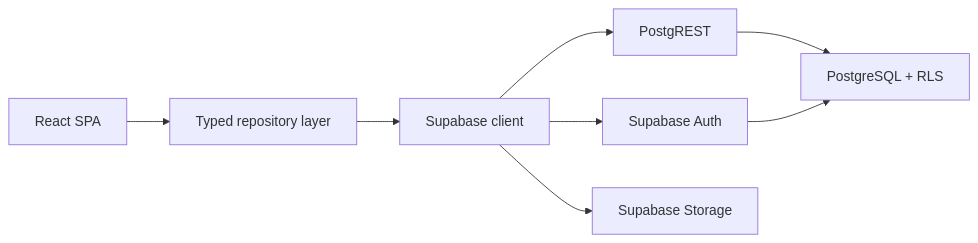
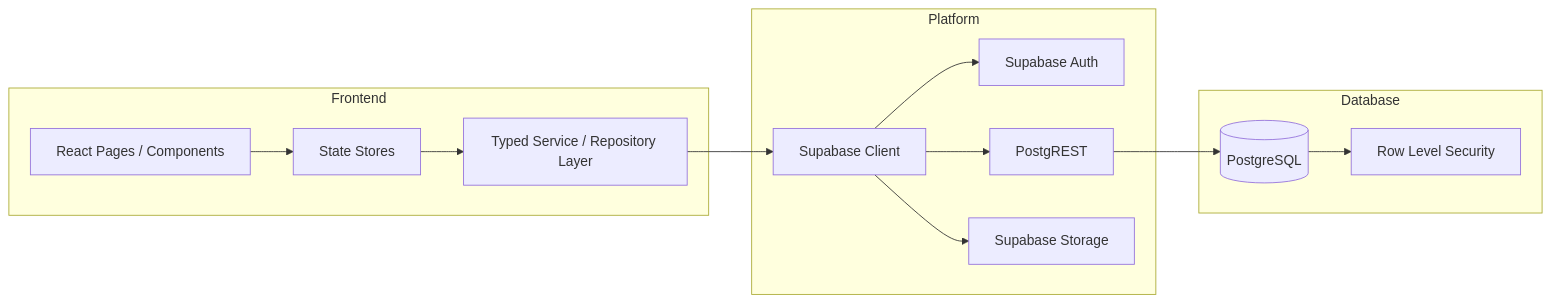
The second of 2 diagrams in README.md (Yaswanth8118/Campus-connect), drawn with Mermaid before and after one commit. The commit also changed other lines of this file, not shown here.

````diff
--- a/README.md
+++ b/README.md
@@ -134,10 +105,26 @@
 ```mermaid
 flowchart LR
-  UI[React SPA] --> Repo[Typed repository layer]
-  Repo --> Client[Supabase client]
-  Client --> REST[PostgREST]
-  Client --> Auth[Supabase Auth]
-  Client --> Storage[Supabase Storage]
-  REST --> DB[PostgreSQL + RLS]
-  Auth --> DB
+  subgraph Frontend
+    UI[React Pages / Components]
+    Store[State Stores]
+    Repo[Typed Service / Repository Layer]
+  end
+
+  subgraph Platform
+    SB[Supabase Client]
+    AUTH[Supabase Auth]
+    API[PostgREST]
+    ST[Supabase Storage]
+  end
+
+  subgraph Database
+    DB[(PostgreSQL)]
+    RLS[Row Level Security]
+  end
+
+  UI --> Store --> Repo --> SB
+  SB --> AUTH
+  SB --> API --> DB
+  DB --> RLS
+  SB --> ST
 ```
````
